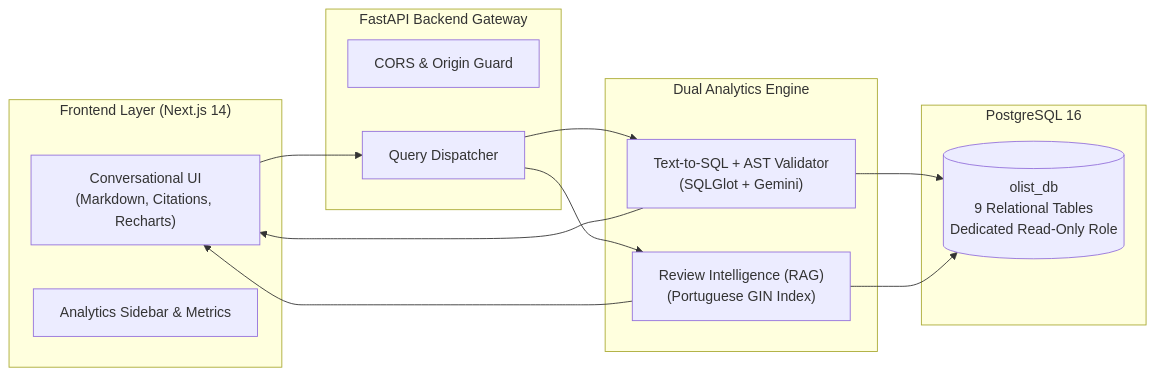
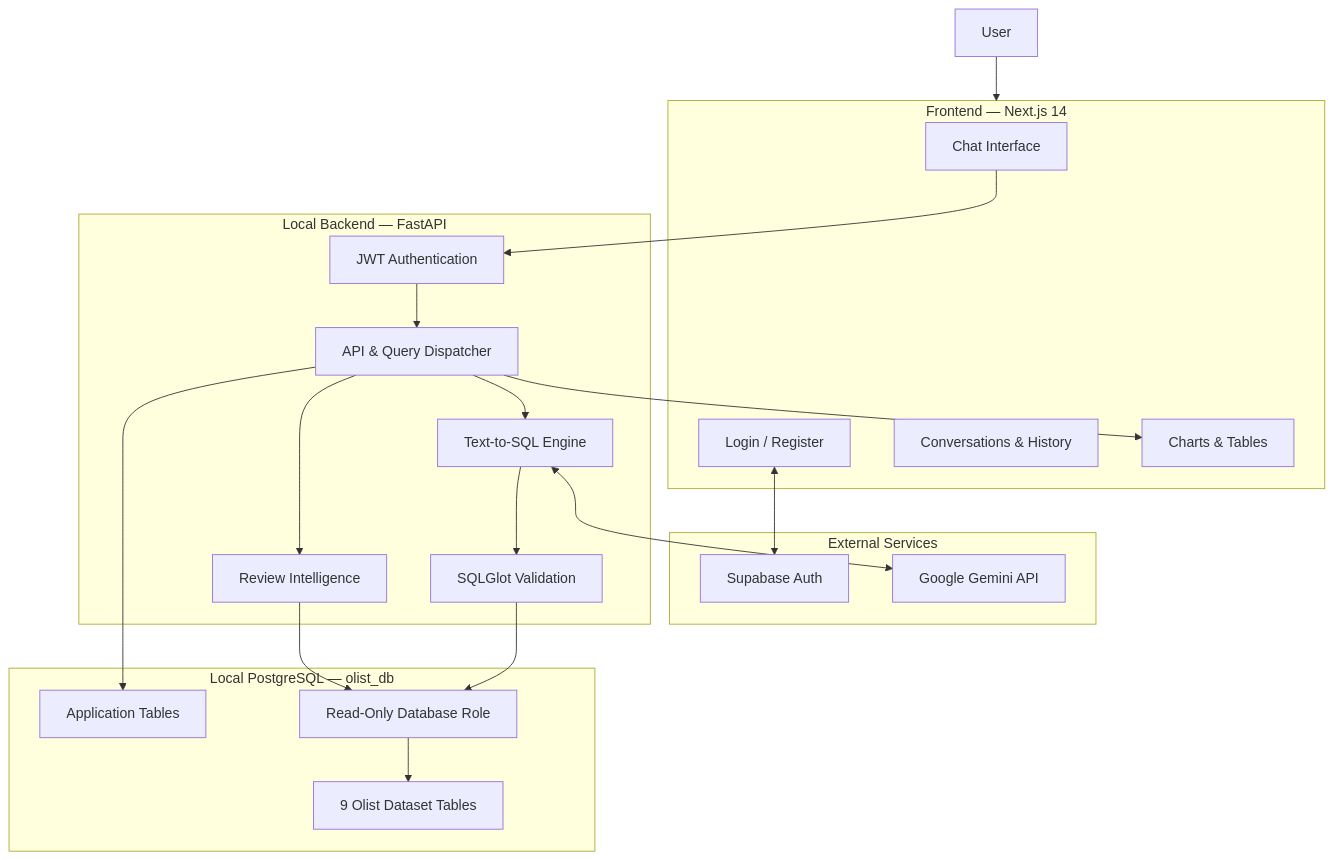
Before and after one commit to Abderrahmane-Shadow/olist-ai-assistant: the diagram in README.md, drawn with Mermaid. The commit also changed other lines of this file, not shown here.

Commit message:
Update README with current local architecture and setup

````diff
--- a/README.md
+++ b/README.md
@@ -45,29 +55,44 @@
 ```mermaid
-flowchart LR
-    subgraph Frontend["Frontend Layer (Next.js 14)"]
-        UI["Conversational UI<br/>(Markdown, Citations, Recharts)"]
-        Side["Analytics Sidebar & Metrics"]
+flowchart TB
+    User["User"]
+
+    subgraph Frontend["Frontend — Next.js 14"]
+        UI["Chat Interface"]
+        AuthUI["Login / Register"]
+        History["Conversations & History"]
+        Charts["Charts & Tables"]
     end
 
-    subgraph Backend["FastAPI Backend Gateway"]
-        Auth["CORS & Origin Guard"]
-        Router["Query Dispatcher"]
+    subgraph Cloud["External Services"]
+        Supabase["Supabase Auth"]
+        Gemini["Google Gemini API"]
     end
 
-    subgraph CoreEngine["Dual Analytics Engine"]
-        SQLGen["Text-to-SQL + AST Validator<br/>(SQLGlot + Gemini)"]
-        ReviewRAG["Review Intelligence (RAG)<br/>(Portuguese GIN Index)"]
+    subgraph Backend["Local Backend — FastAPI"]
+        JWT["JWT Authentication"]
+        Router["API & Query Dispatcher"]
+        SQL["Text-to-SQL Engine"]
+        Review["Review Intelligence"]
+        Validator["SQLGlot Validation"]
     end
 
-    subgraph Data["PostgreSQL 16"]
-        DB[("olist_db<br/>9 Relational Tables<br/>Dedicated Read-Only Role")]
+    subgraph LocalDB["Local PostgreSQL — olist_db"]
+        Olist["9 Olist Dataset Tables"]
+        AppData["Application Tables"]
+        ReadOnly["Read-Only Database Role"]
     end
 
-    UI --> Router
-    Router --> SQLGen
-    Router --> ReviewRAG
-    SQLGen --> DB
-    ReviewRAG --> DB
-    SQLGen --> UI
-    ReviewRAG --> UI
+    User --> Frontend
+    AuthUI <--> Supabase
+    UI --> JWT
+    JWT --> Router
+    Router --> SQL
+    Router --> Review
+    SQL <--> Gemini
+    SQL --> Validator
+    Validator --> ReadOnly
+    Review --> ReadOnly
+    ReadOnly --> Olist
+    Router --> AppData
+    Router --> Charts
 ```
````
